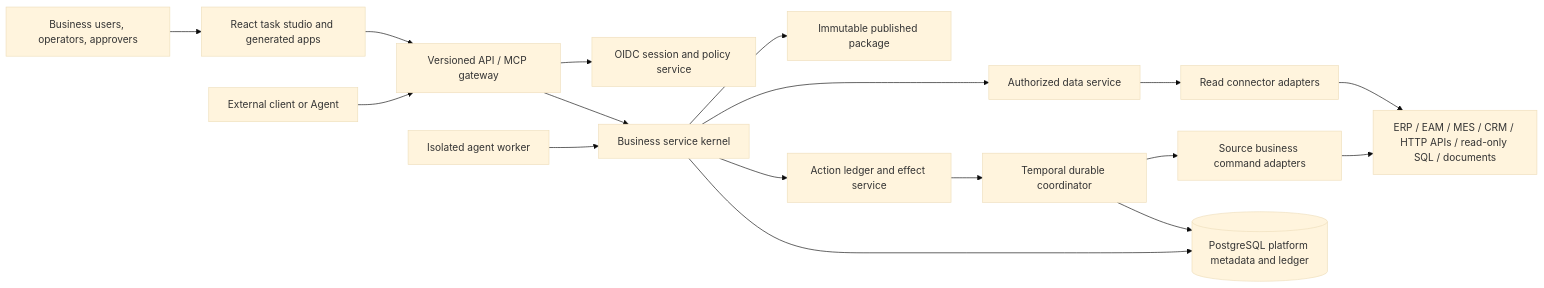
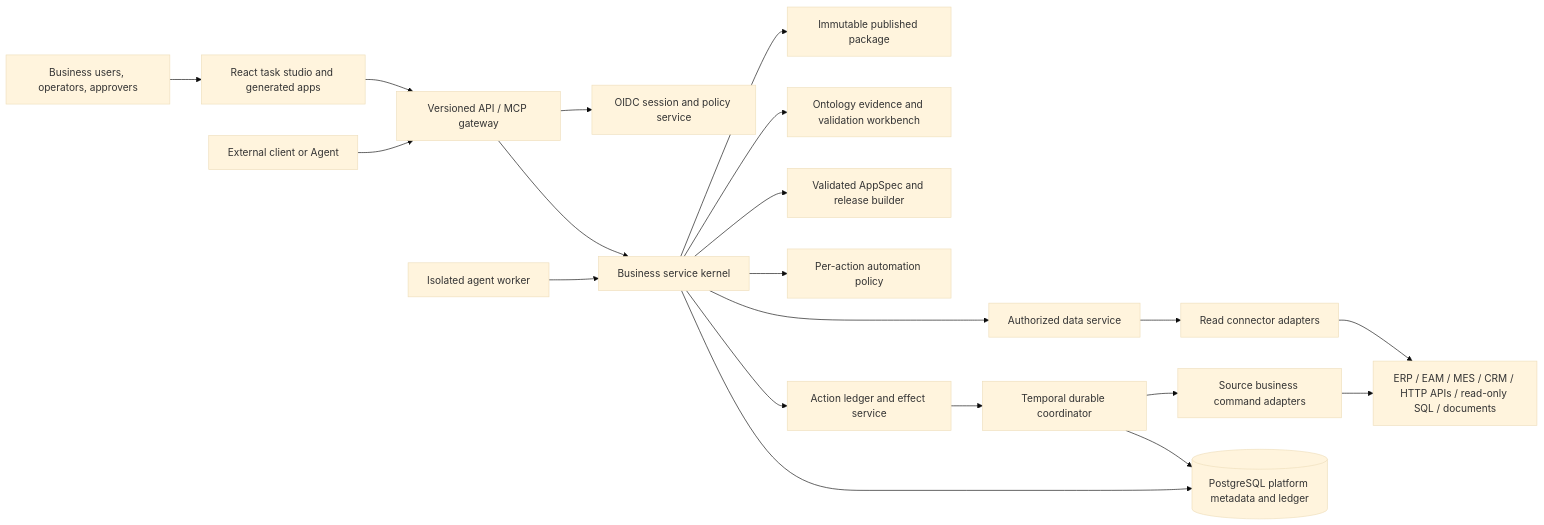
One commit to wu-xiaochen/trusted-agent-platform changed the diagram in docs/architecture/SYSTEM-ARCHITECTURE.md. Above: the diagram before and after it, drawn with Mermaid (base theme). The commit also changed other lines of this file and 22 other files, not shown here.

````diff
--- a/docs/architecture/SYSTEM-ARCHITECTURE.md
+++ b/docs/architecture/SYSTEM-ARCHITECTURE.md
@@ -7,19 +7,22 @@
 ```mermaid
 flowchart LR
   User[Business users, operators, approvers] --> Web[React task studio and generated apps]
   Client[External client or Agent] --> API[Versioned API / MCP gateway]
   Web --> API
   API --> Auth[OIDC session and policy service]
   API --> Kernel[Business service kernel]
   Kernel --> Package[Immutable published package]
+  Kernel --> Workbench[Ontology evidence and validation workbench]
+  Kernel --> AppSpec[Validated AppSpec and release builder]
+  Kernel --> Policy[Per-action automation policy]
   Kernel --> Data[Authorized data service]
   Kernel --> Action[Action ledger and effect service]
   Data --> Connectors[Read connector adapters]
   Action --> Temporal[Temporal durable coordinator]
   Temporal --> Command[Source business command adapters]
   Agent[Isolated agent worker] --> Kernel
   Connectors --> Sources[ERP / EAM / MES / CRM / HTTP APIs / read-only SQL / documents]
   Command --> Sources
   Kernel --> PG[(PostgreSQL platform metadata and ledger)]
   Temporal --> PG
 ```
````
